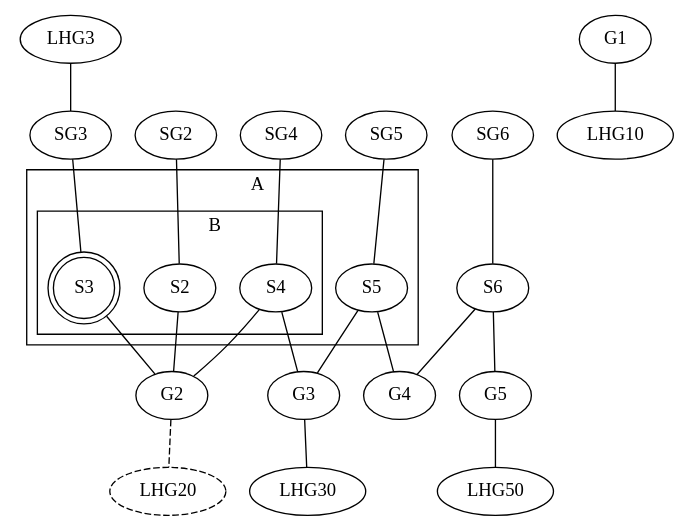
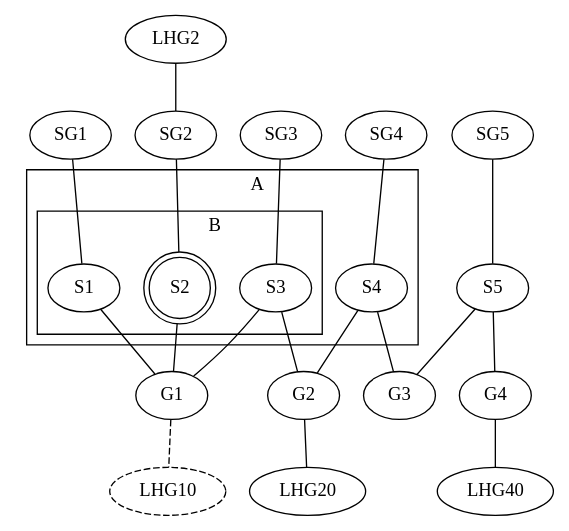
The diagram in report/fig/labgroup/strict_proof.dot (water/resources), drawn with Graphviz before and after one commit. The commit also changed 3 other files, not shown here.

```diff
--- a/report/fig/labgroup/strict_proof.dot
+++ b/report/fig/labgroup/strict_proof.dot
@@ -1,48 +1,47 @@
 graph G {
   /* Startgroups and it's repos */
-  LHG3  -- SG3
+  SG1 -- S1
+  LHG2  -- SG2
   SG2 -- S2
   SG3 -- S3
   SG4 -- S4
   SG5 -- S5
-  SG6 -- S6
 
   /* Labgroups */
-  S2 -- G2
+  S1 -- G1
+  S2 -- G1
+  S3 -- G1
+
   S3 -- G2
   S4 -- G2
 
   S4 -- G3
   S5 -- G3
 
   S5 -- G4
-  S6 -- G4
-
-  S6 -- G5
   
   /* The sets A and B */
   subgraph cluster_A {
+    S1
     S2
     S3
     S4
-    S5
     label = "                A"
 
     subgraph cluster_B {
+      S1
       S2
       S3
-      S4
       label = "                B"
     }
   }
 
   /* Repos */
-  G1 -- LHG10
-  G2 -- LHG20 [style=dashed]
-  G3 -- LHG30
-  G5 -- LHG50
+  G1 -- LHG10 [style=dashed]
+  G2 -- LHG20
+  G4 -- LHG40
 
   /* Bonus properties */ 
-  S3 [shape = doublecircle] 
-  LHG20 [style=dashed]
+  S2 [shape = doublecircle] 
+  LHG10 [style=dashed]
 }
```
